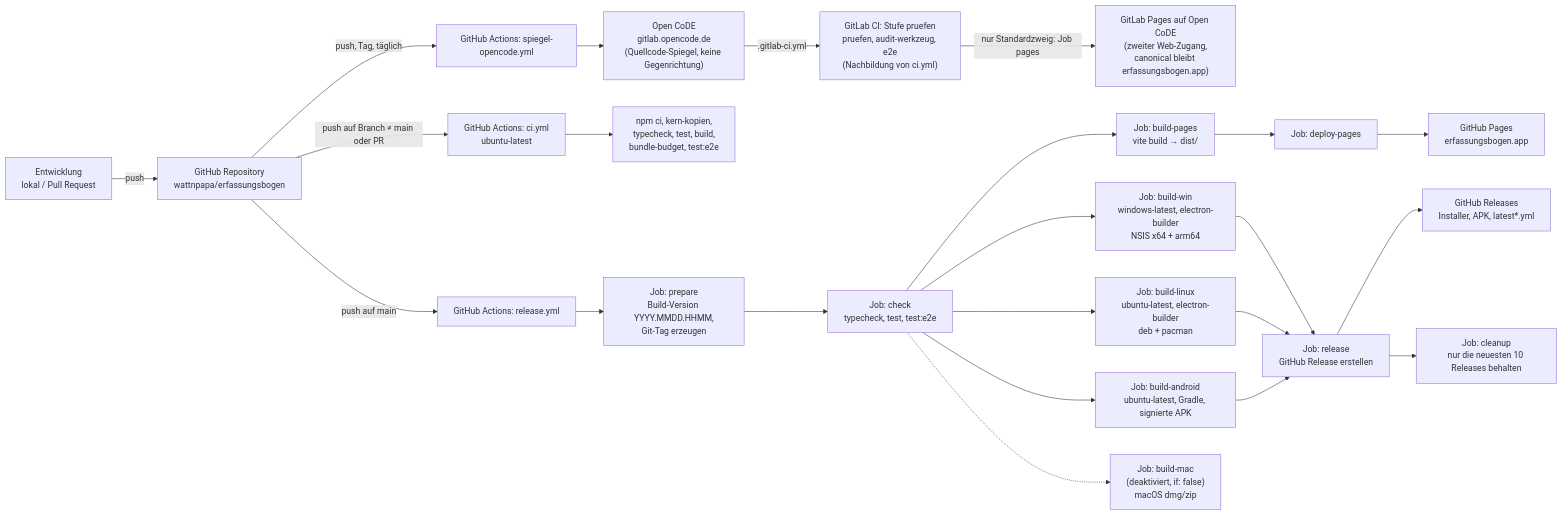
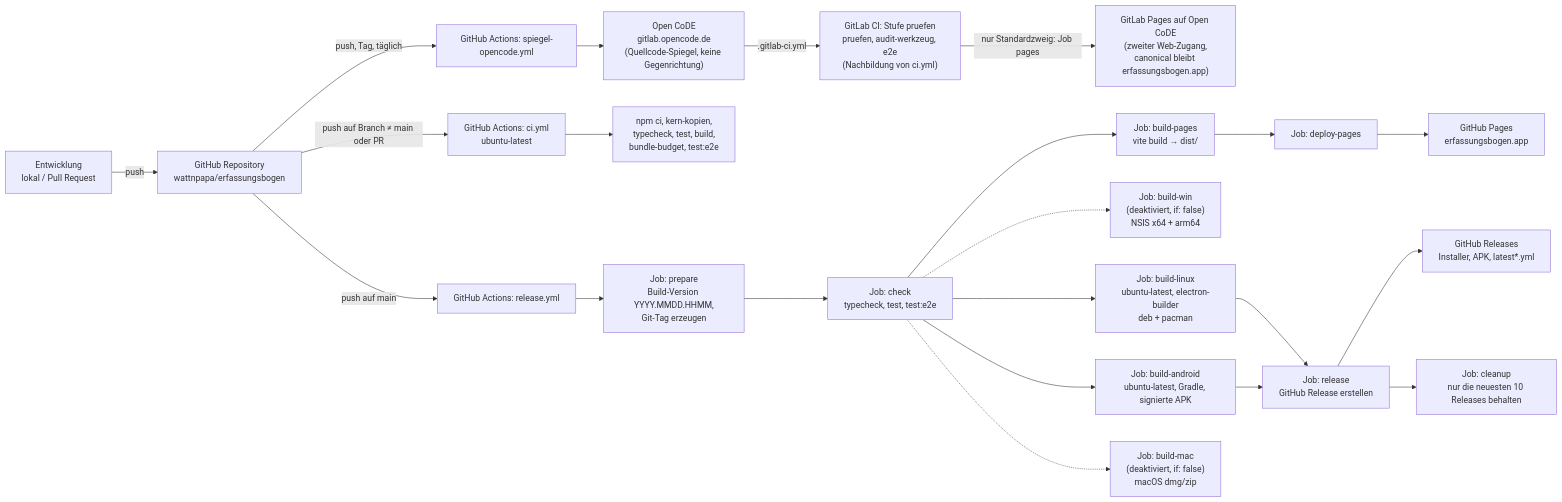
Before and after one commit to wattnpapa/erfassungsbogen: the tenth of 12 diagrams in docs/arc42-architektur.md, drawn with Mermaid. The commit also changed other lines of this file and 6 other files, not shown here.

````diff
--- a/docs/arc42-architektur.md
+++ b/docs/arc42-architektur.md
@@ -861,24 +867,23 @@
 ```mermaid
 flowchart LR
   Dev["Entwicklung<br/>lokal / Pull Request"] -->|push| Repo["GitHub Repository<br/>wattnpapa/erfassungsbogen"]
   Repo -->|"push, Tag, täglich"| Spiegel["GitHub Actions: spiegel-opencode.yml"]
   Spiegel --> OC["Open CoDE<br/>gitlab.opencode.de<br/>(Quellcode-Spiegel, keine Gegenrichtung)"]
   OC -->|".gitlab-ci.yml"| OCC["GitLab CI: Stufe pruefen<br/>pruefen, audit-werkzeug, e2e<br/>(Nachbildung von ci.yml)"]
   OCC -->|"nur Standardzweig: Job pages"| OCP["GitLab Pages auf Open CoDE<br/>(zweiter Web-Zugang,<br/>canonical bleibt erfassungsbogen.app)"]
   Repo -->|"push auf Branch ≠ main oder PR"| CI["GitHub Actions: ci.yml<br/>ubuntu-latest"]
   CI --> CIS["npm ci, kern-kopien,<br/>typecheck, test, build,<br/>bundle-budget, test:e2e"]
   Repo -->|"push auf main"| REL["GitHub Actions: release.yml"]
   REL --> Prep["Job: prepare<br/>Build-Version YYYY.MMDD.HHMM,<br/>Git-Tag erzeugen"]
   Prep --> Check["Job: check<br/>typecheck, test, test:e2e"]
   Check --> Pages["Job: build-pages<br/>vite build → dist/"]
   Pages --> Deploy["Job: deploy-pages"] --> GHP["GitHub Pages<br/>erfassungsbogen.app"]
-  Check --> Win["Job: build-win<br/>windows-latest, electron-builder<br/>NSIS x64 + arm64"]
+  Check -.-> Win["Job: build-win<br/>(deaktiviert, if: false)<br/>NSIS x64 + arm64"]
   Check --> Linux["Job: build-linux<br/>ubuntu-latest, electron-builder<br/>deb + pacman"]
   Check --> Android["Job: build-android<br/>ubuntu-latest, Gradle, signierte APK"]
   Check -.-> Mac["Job: build-mac<br/>(deaktiviert, if: false)<br/>macOS dmg/zip"]
-  Win --> Release["Job: release<br/>GitHub Release erstellen"]
-  Linux --> Release
+  Linux --> Release["Job: release<br/>GitHub Release erstellen"]
   Android --> Release
   Release --> GHR["GitHub Releases<br/>Installer, APK, latest*.yml"]
   Release --> Cleanup["Job: cleanup<br/>nur die neuesten 10 Releases behalten"]
 ```
````
